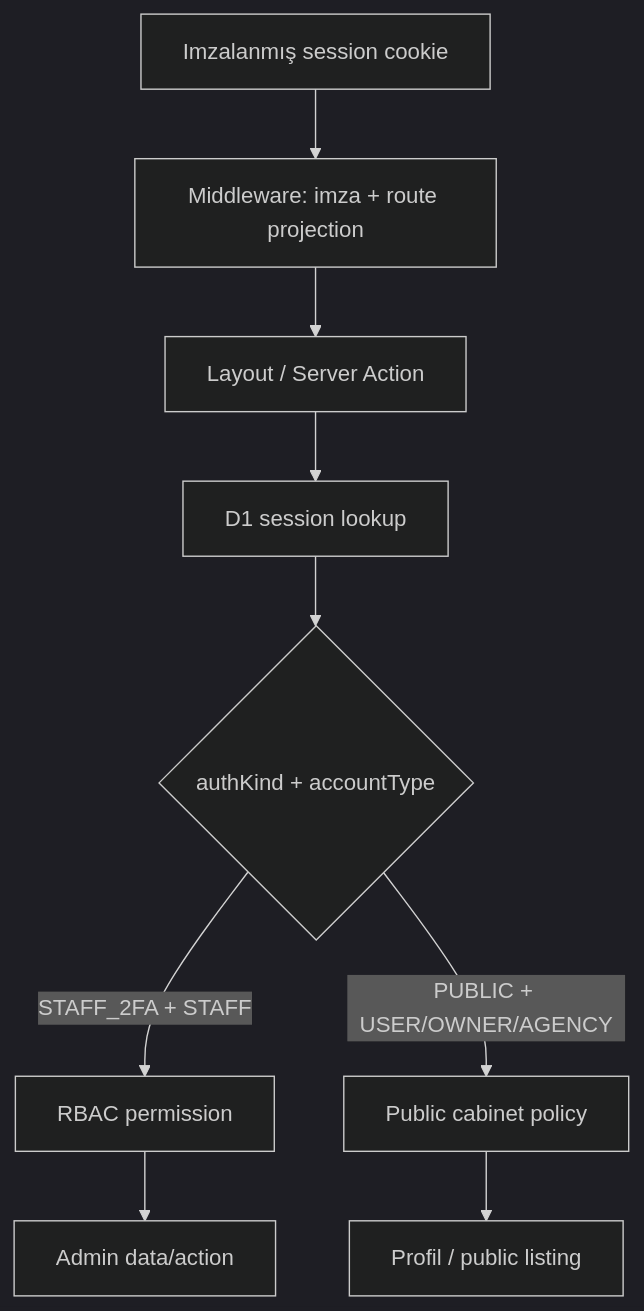
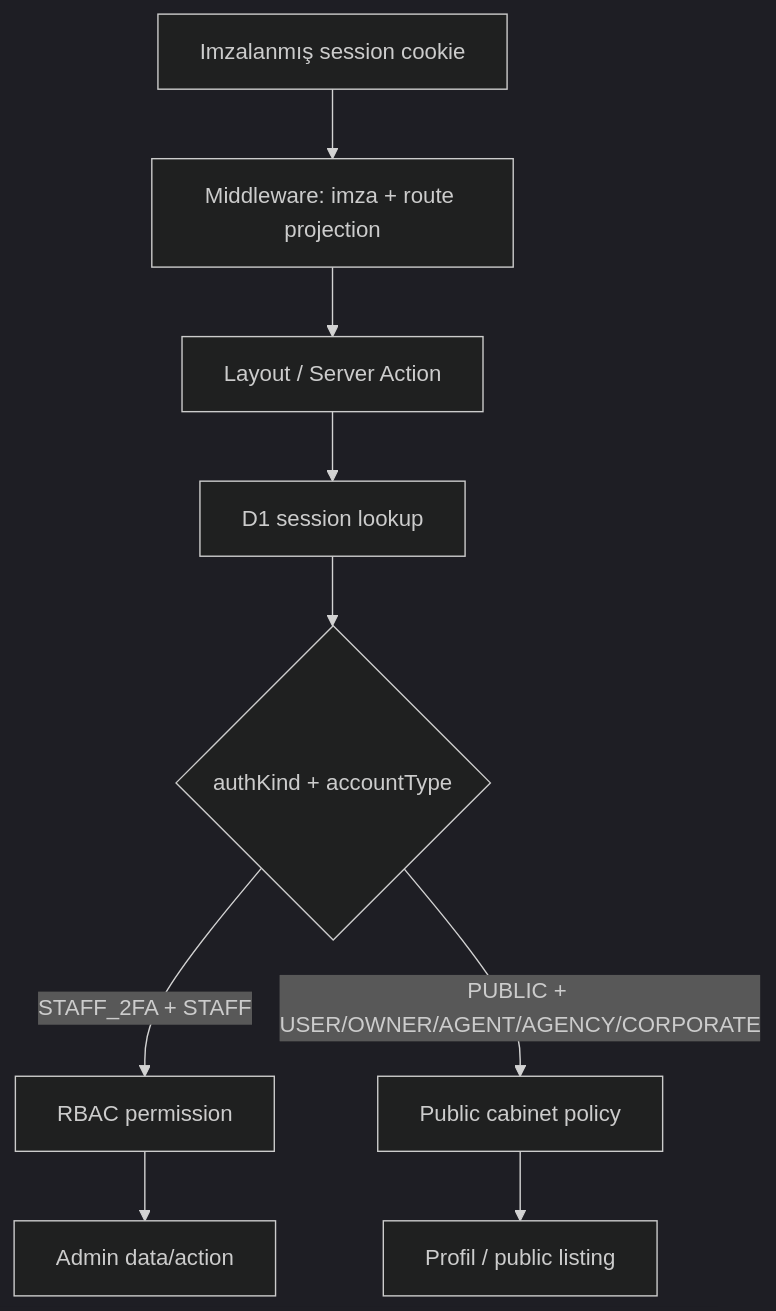
Before and after one commit to MuradoffTehmez/LuxeHome: the first of 2 diagrams in Wiki/Security-and-Authentication.md, drawn with Mermaid (dark theme). The commit also changed other lines of this file and 21 other files, not shown here.

````diff
--- a/Wiki/Security-and-Authentication.md
+++ b/Wiki/Security-and-Authentication.md
@@ -12,11 +12,11 @@
 ```mermaid
 flowchart TD
     C[Imzalanmış session cookie] --> M[Middleware: imza + route projection]
     M --> L[Layout / Server Action]
     L --> D[D1 session lookup]
     D --> A{authKind + accountType}
     A -->|STAFF_2FA + STAFF| R[RBAC permission]
-    A -->|PUBLIC + USER/OWNER/AGENCY| P[Public cabinet policy]
+    A -->|PUBLIC + USER/OWNER/AGENT/AGENCY/CORPORATE| P[Public cabinet policy]
     R --> X[Admin data/action]
     P --> Y[Profil / public listing]
 ```
````
